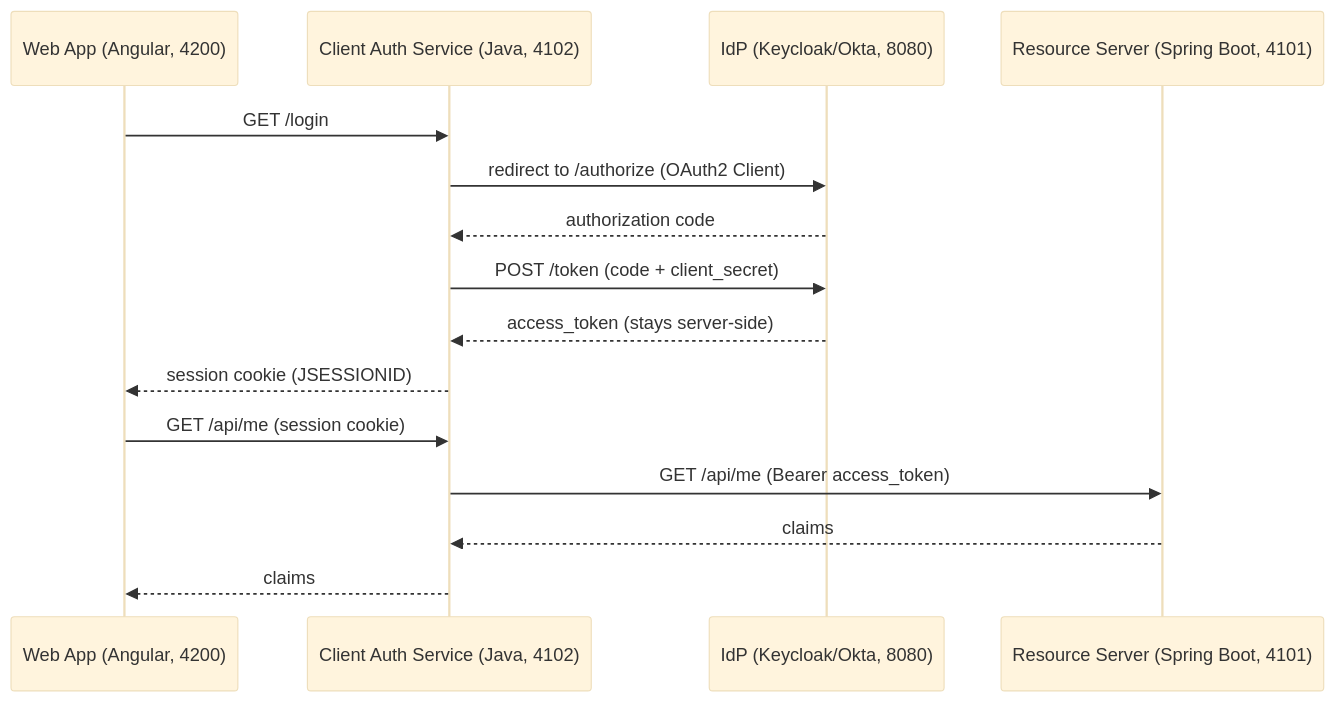
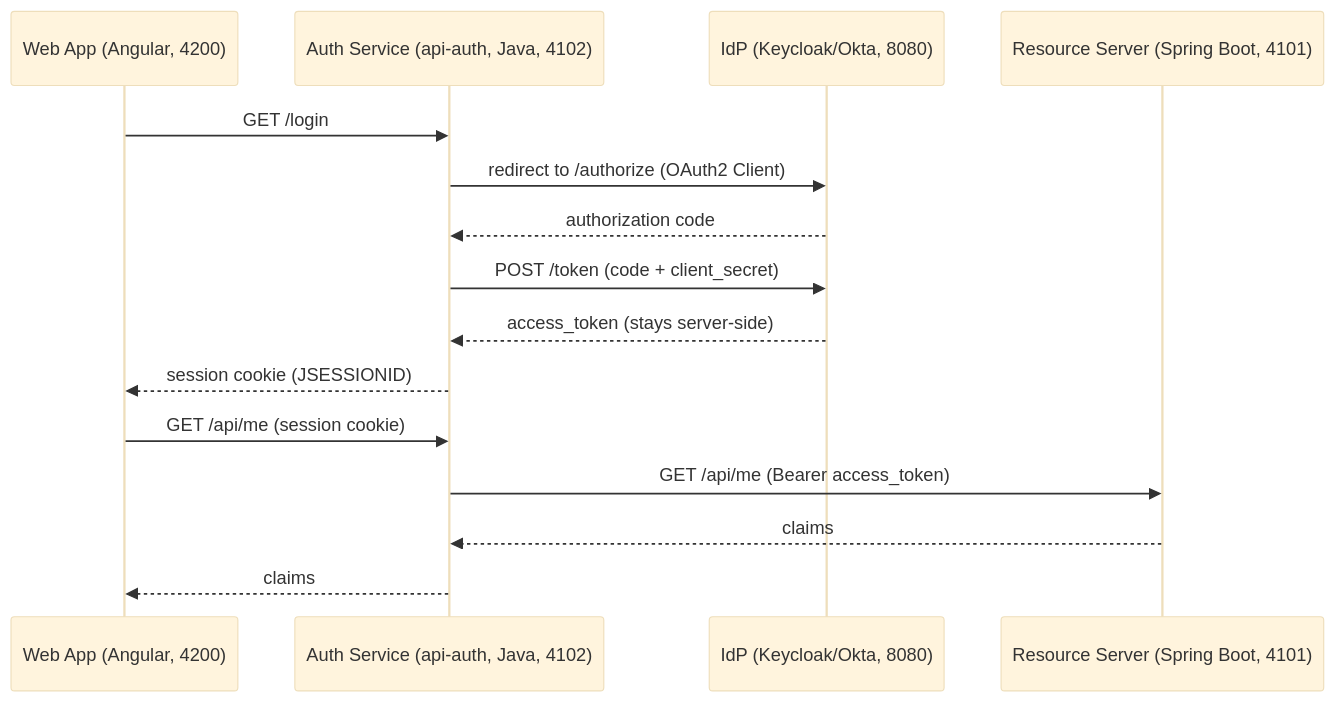
The second of 3 diagrams in docs/ARCHITECTURE.md (jielimanyili/ciam-prototype), drawn with Mermaid (base theme) before and after one commit. The commit also changed other lines of this file and 6 other files, not shown here.

First line of the commit message:
docs: rename auth service bff-identity -> api-auth, split auth vs identity domains

````diff
--- a/docs/ARCHITECTURE.md
+++ b/docs/ARCHITECTURE.md
@@ -52,18 +52,18 @@
 ```mermaid
 sequenceDiagram
     participant SPA as Web App (Angular, 4200)
-    participant BFF as Client Auth Service (Java, 4102)
+    participant BFF as Auth Service (api-auth, Java, 4102)
     participant IdP as IdP (Keycloak/Okta, 8080)
     participant API as Resource Server (Spring Boot, 4101)
 
     SPA->>BFF: GET /login
     BFF->>IdP: redirect to /authorize (OAuth2 Client)
     IdP-->>BFF: authorization code
     BFF->>IdP: POST /token (code + client_secret)
     IdP-->>BFF: access_token (stays server-side)
     BFF-->>SPA: session cookie (JSESSIONID)
     SPA->>BFF: GET /api/me (session cookie)
     BFF->>API: GET /api/me (Bearer access_token)
     API-->>BFF: claims
     BFF-->>SPA: claims
 ```
````
